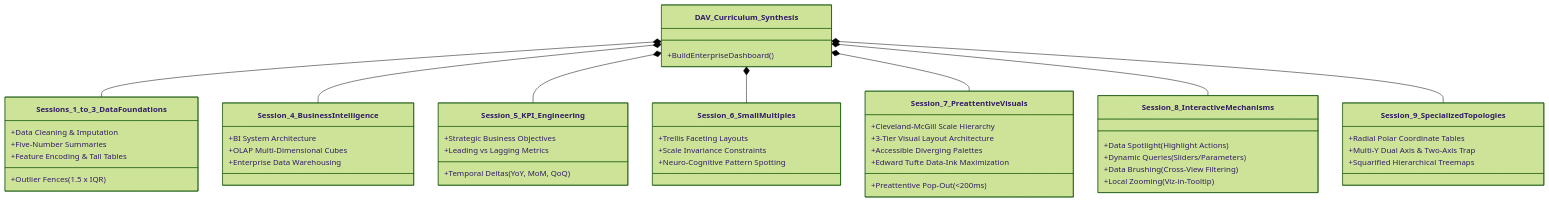
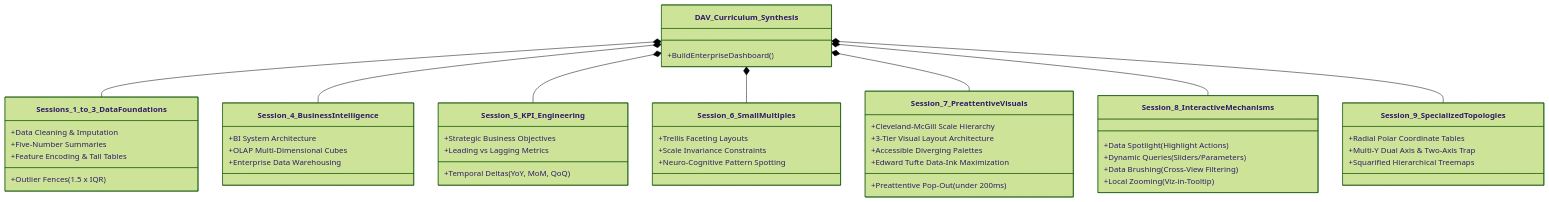
Diagram 13 of 18 in notes/data_analysis/Unit_5_notes.md (DeepLumiere/DeepSkills), drawn with Mermaid (forest theme) before and after one commit. The commit also changed other lines of this file and 56 other files, not shown here.

````diff
--- a/notes/data_analysis/Unit_5_notes.md
+++ b/notes/data_analysis/Unit_5_notes.md
@@ -763,53 +763,53 @@
 ```mermaid
 classDiagram
     class DAV_Curriculum_Synthesis {
         +BuildEnterpriseDashboard()
     }
     class Sessions_1_to_3_DataFoundations {
         +Data Cleaning & Imputation
         +Five-Number Summaries
         +Outlier Fences (1.5 x IQR)
         +Feature Encoding & Tall Tables
     }
     class Session_4_BusinessIntelligence {
         +BI System Architecture
         +OLAP Multi-Dimensional Cubes
         +Enterprise Data Warehousing
     }
     class Session_5_KPI_Engineering {
         +Strategic Business Objectives
         +Leading vs Lagging Metrics
         +Temporal Deltas (YoY, MoM, QoQ)
     }
     class Session_6_SmallMultiples {
         +Trellis Faceting Layouts
         +Scale Invariance Constraints
         +Neuro-Cognitive Pattern Spotting
     }
     class Session_7_PreattentiveVisuals {
-        +Preattentive Pop-Out (&lt;200ms)
+        +Preattentive Pop-Out (under 200ms)
         +Cleveland-McGill Scale Hierarchy
         +3-Tier Visual Layout Architecture
         +Accessible Diverging Palettes
         +Edward Tufte Data-Ink Maximization
     }
     class Session_8_InteractiveMechanisms {
         +Data Spotlight (Highlight Actions)
         +Dynamic Queries (Sliders/Parameters)
         +Data Brushing (Cross-View Filtering)
         +Local Zooming (Viz-in-Tooltip)
     }
     class Session_9_SpecializedTopologies {
         +Radial Polar Coordinate Tables
         +Multi-Y Dual Axis & Two-Axis Trap
         +Squarified Hierarchical Treemaps
     }
 
     DAV_Curriculum_Synthesis *-- Sessions_1_to_3_DataFoundations
     DAV_Curriculum_Synthesis *-- Session_4_BusinessIntelligence
     DAV_Curriculum_Synthesis *-- Session_5_KPI_Engineering
     DAV_Curriculum_Synthesis *-- Session_6_SmallMultiples
     DAV_Curriculum_Synthesis *-- Session_7_PreattentiveVisuals
     DAV_Curriculum_Synthesis *-- Session_8_InteractiveMechanisms
     DAV_Curriculum_Synthesis *-- Session_9_SpecializedTopologies
 ```
````
